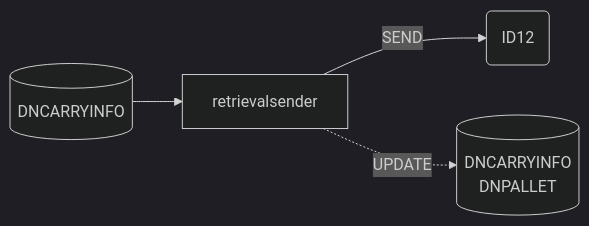
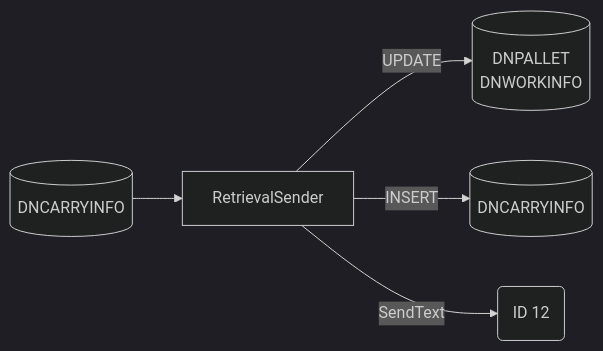
The third of 12 diagrams in Basic-Design/DFD-WMS/Retrieval/Transfer-Setting/Tempering-to-Ambient.md (luthfiadityaa/SimeDarby-Wiki), drawn with Mermaid (dark theme) before and after one commit. The commit also changed other lines of this file, not shown here.

Commit message:
Updated Tempering to Ambient

```diff
--- a/Basic-Design/DFD-WMS/Retrieval/Transfer-Setting/Tempering-to-Ambient.md
+++ b/Basic-Design/DFD-WMS/Retrieval/Transfer-Setting/Tempering-to-Ambient.md
@@ -177,19 +177,24 @@
 ::: mermaid
 flowchart LR
 
 retrievalsender-input[("
 DNCARRYINFO
 ")]
 
 retrievalsender-update[("
+DNPALLET
+DNWORKINFO
+")]
+
+retrievalsender-insert[("
 DNCARRYINFO
-DNPALLET
 ")]
 
 id12msg("
-ID12
+ID 12
 ")
 
-retrievalsender--SEND-->id12msg
-retrievalsender-input-->retrievalsender-.UPDATE.->retrievalsender-update
+retrievalsender-input-->RetrievalSender--> |UPDATE| retrievalsender-update
+RetrievalSender--> |INSERT| retrievalsender-insert
+RetrievalSender--> |SendText| id12msg
 :::
```
